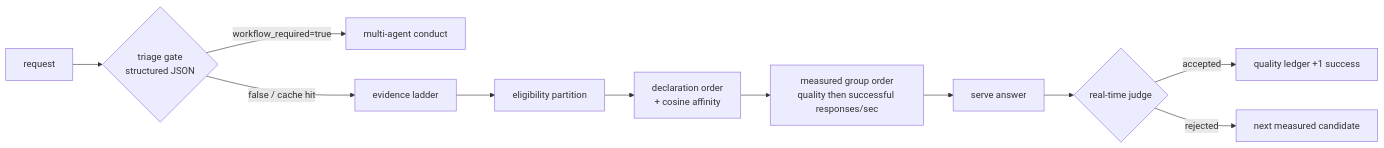
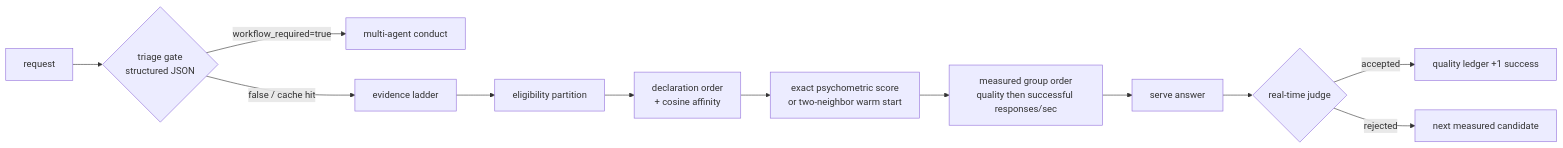
One commit to ContextualWisdomLab/contextual-orchestrator changed the diagram in docs/planning/adrs/0034-anti-heuristic-routing-evidence.md. Above: the diagram before and after it, drawn with Mermaid. The commit also changed other lines of this file, not shown here.

Commit message:
docs(adr): govern psychometric warm starts

````diff
--- a/docs/planning/adrs/0034-anti-heuristic-routing-evidence.md
+++ b/docs/planning/adrs/0034-anti-heuristic-routing-evidence.md
@@ -86,13 +101,14 @@
 ```mermaid
 flowchart LR
   Req[request] --> Tri{triage gate<br/>structured JSON}
   Tri -- workflow_required=true --> Cond[multi-agent conduct]
   Tri -- false / cache hit --> Rank[evidence ladder]
   Rank --> E1[eligibility partition]
   E1 --> E2[declaration order<br/>+ cosine affinity]
-  E2 --> E3[measured group order<br/>quality then successful responses/sec]
+  E2 --> P[exact psychometric score<br/>or two-neighbor warm start]
+  P --> E3[measured group order<br/>quality then successful responses/sec]
   E3 --> Serve[serve answer]
   Serve --> Judge{real-time judge}
   Judge -- accepted --> LedgerQ[quality ledger +1 success]
   Judge -- rejected --> Failover[next measured candidate]
 ```
````
